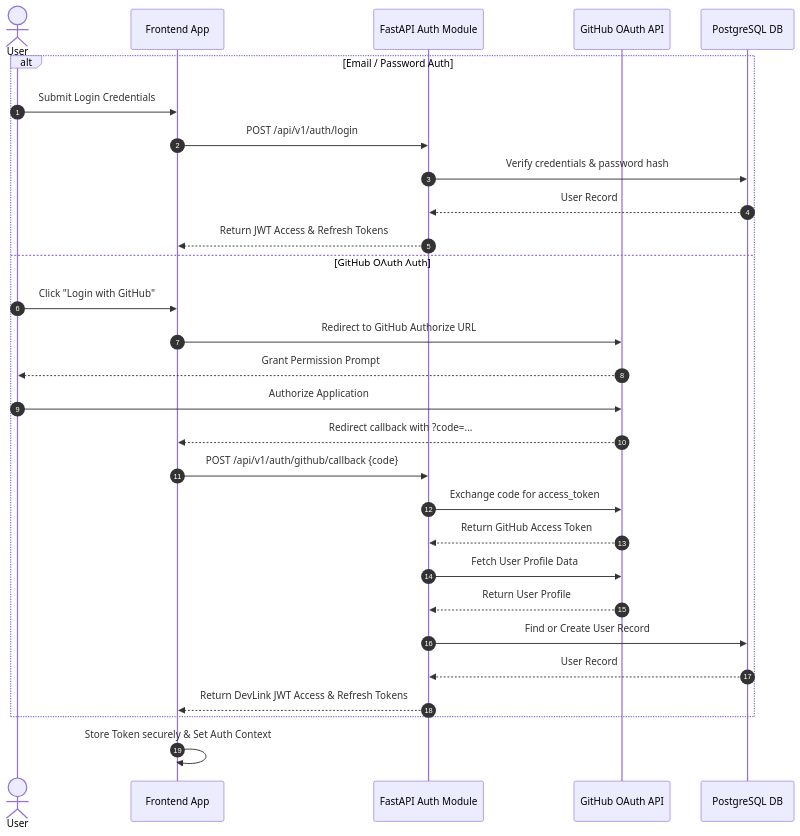
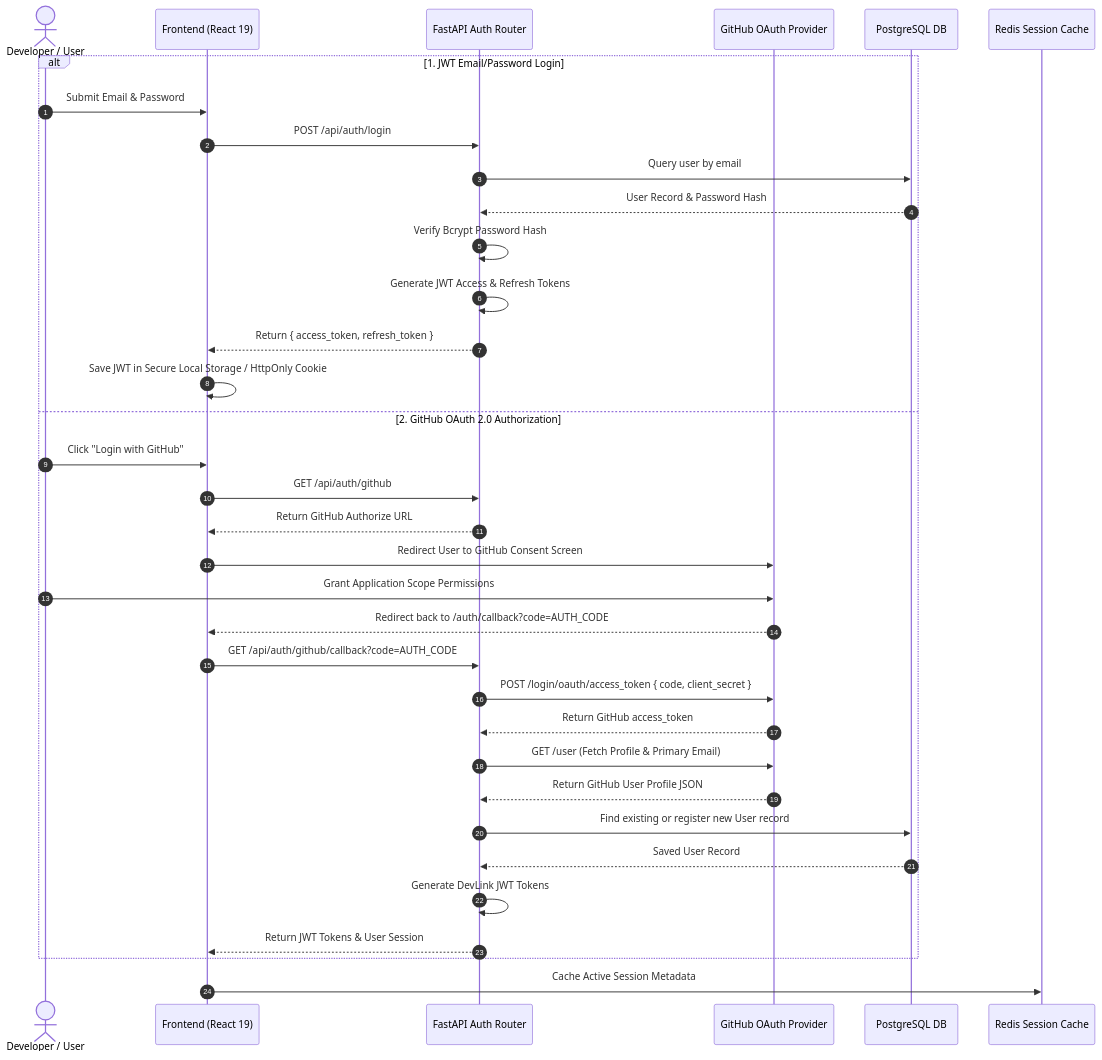
One commit to Babin123456/devlink changed the first of 5 diagrams in docs/architecture.md. Above: the diagram before and after it, drawn with Mermaid. The commit also changed other lines of this file, not shown here.

Commit message:
docs(diagrams): add system architecture mermaid diagrams (#468)

````diff
--- a/docs/architecture.md
+++ b/docs/architecture.md
@@ -115,33 +21,38 @@
 ```mermaid
 sequenceDiagram
     autonumber
-    actor User
-    participant Frontend as Frontend App
-    participant API as FastAPI Auth Module
-    participant GitHub as GitHub OAuth API
+    actor User as Developer / User
+    participant Web as Frontend (React 19)
+    participant Auth as FastAPI Auth Router
+    participant GH as GitHub OAuth Provider
     participant DB as PostgreSQL DB
+    participant Redis as Redis Session Cache
 
-    alt Email / Password Auth
-        User->>Frontend: Submit Login Credentials
-        Frontend->>API: POST /api/v1/auth/login
-        API->>DB: Verify credentials & password hash
-        DB-->>API: User Record
-        API-->>Frontend: Return JWT Access & Refresh Tokens
-    else GitHub OAuth Auth
-        User->>Frontend: Click "Login with GitHub"
-        Frontend->>GitHub: Redirect to GitHub Authorize URL
-        GitHub-->>User: Grant Permission Prompt
-        User->>GitHub: Authorize Application
-        GitHub-->>Frontend: Redirect callback with ?code=...
-        Frontend->>API: POST /api/v1/auth/github/callback {code}
-        API->>GitHub: Exchange code for access_token
-        GitHub-->>API: Return GitHub Access Token
-        API->>GitHub: Fetch User Profile Data
-        GitHub-->>API: Return User Profile
-        API->>DB: Find or Create User Record
-        DB-->>API: User Record
-        API-->>Frontend: Return DevLink JWT Access & Refresh Tokens
+    alt 1. JWT Email/Password Login
+        User->>Web: Submit Email & Password
+        Web->>Auth: POST /api/auth/login
+        Auth->>DB: Query user by email
+        DB-->>Auth: User Record & Password Hash
+        Auth->>Auth: Verify Bcrypt Password Hash
+        Auth->>Auth: Generate JWT Access & Refresh Tokens
+        Auth-->>Web: Return { access_token, refresh_token }
+        Web->>Web: Save JWT in Secure Local Storage / HttpOnly Cookie
+    else 2. GitHub OAuth 2.0 Authorization
+        User->>Web: Click "Login with GitHub"
+        Web->>Auth: GET /api/auth/github
+        Auth-->>Web: Return GitHub Authorize URL
+        Web->>GH: Redirect User to GitHub Consent Screen
+        User->>GH: Grant Application Scope Permissions
+        GH-->>Web: Redirect back to /auth/callback?code=AUTH_CODE
+        Web->>Auth: GET /api/auth/github/callback?code=AUTH_CODE
+        Auth->>GH: POST /login/oauth/access_token { code, client_secret }
+        GH-->>Auth: Return GitHub access_token
+        Auth->>GH: GET /user (Fetch Profile & Primary Email)
+        GH-->>Auth: Return GitHub User Profile JSON
+        Auth->>DB: Find existing or register new User record
+        DB-->>Auth: Saved User Record
+        Auth->>Auth: Generate DevLink JWT Tokens
+        Auth-->>Web: Return JWT Tokens & User Session
     end
-
-    Frontend->>Frontend: Store Token securely & Set Auth Context
+    Web->>Redis: Cache Active Session Metadata
 ```
````
